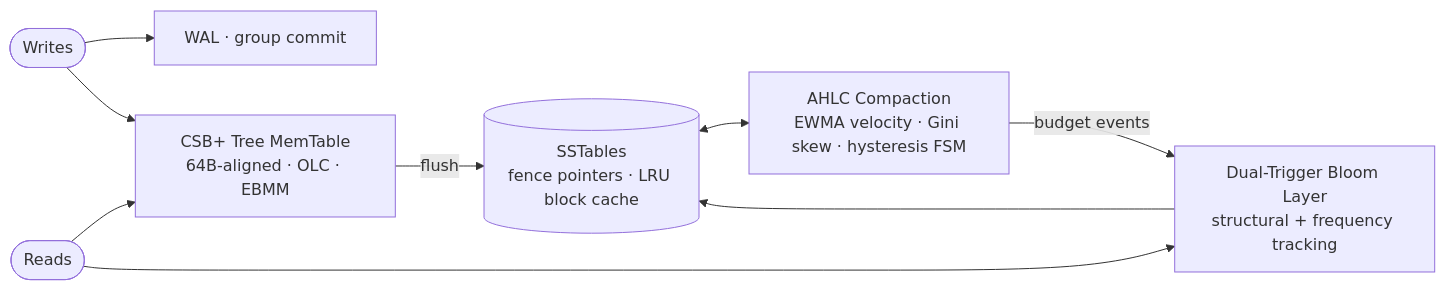
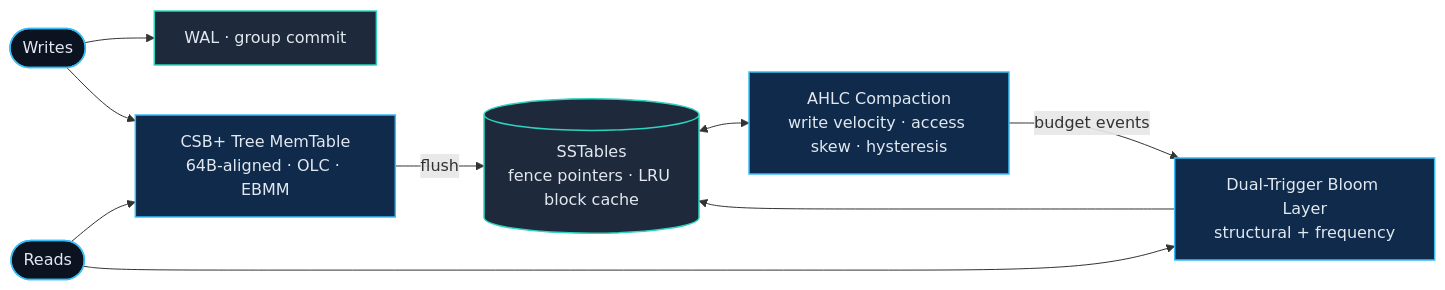
One commit to dEvAsTaTiNg0009/dEvAsTaTiNg0009 changed the diagram in README.md. Above: the diagram before and after it, drawn with Mermaid. The commit also changed other lines of this file, not shown here.

````diff
--- a/README.md
+++ b/README.md
@@ -76,10 +107,14 @@
 ```mermaid
 flowchart LR
-    W([Writes]) --> WAL[WAL · group commit]
-    W --> M["CSB+ Tree MemTable<br/>64B-aligned · OLC · EBMM"]
-    M -- flush --> S[("SSTables<br/>fence pointers · LRU block cache")]
-    S <--> A["AHLC Compaction<br/>EWMA velocity · Gini skew · hysteresis FSM"]
-    A -- budget events --> B["Dual-Trigger Bloom Layer<br/>structural + frequency tracking"]
-    R([Reads]) --> M
+    W([Writes]):::io --> WAL[WAL · group commit]:::store
+    W --> M["CSB+ Tree MemTable<br/>64B-aligned · OLC · EBMM"]:::core
+    M -- flush --> S[("SSTables<br/>fence pointers · LRU block cache")]:::store
+    S <--> A["AHLC Compaction<br/>write velocity · access skew · hysteresis"]:::core
+    A -- budget events --> B["Dual-Trigger Bloom Layer<br/>structural + frequency"]:::core
+    R([Reads]):::io --> M
     R --> B --> S
+
+    classDef io fill:#0B1220,stroke:#38BDF8,stroke-width:1.5px,color:#E2E8F0
+    classDef core fill:#0F2A4A,stroke:#38BDF8,stroke-width:1.5px,color:#E2E8F0
+    classDef store fill:#1E293B,stroke:#2DD4BF,stroke-width:1.5px,color:#E2E8F0
 ```
````
